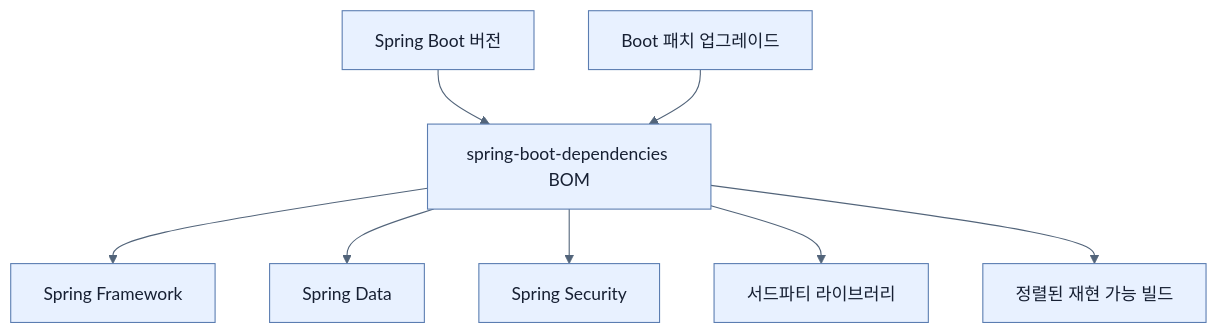
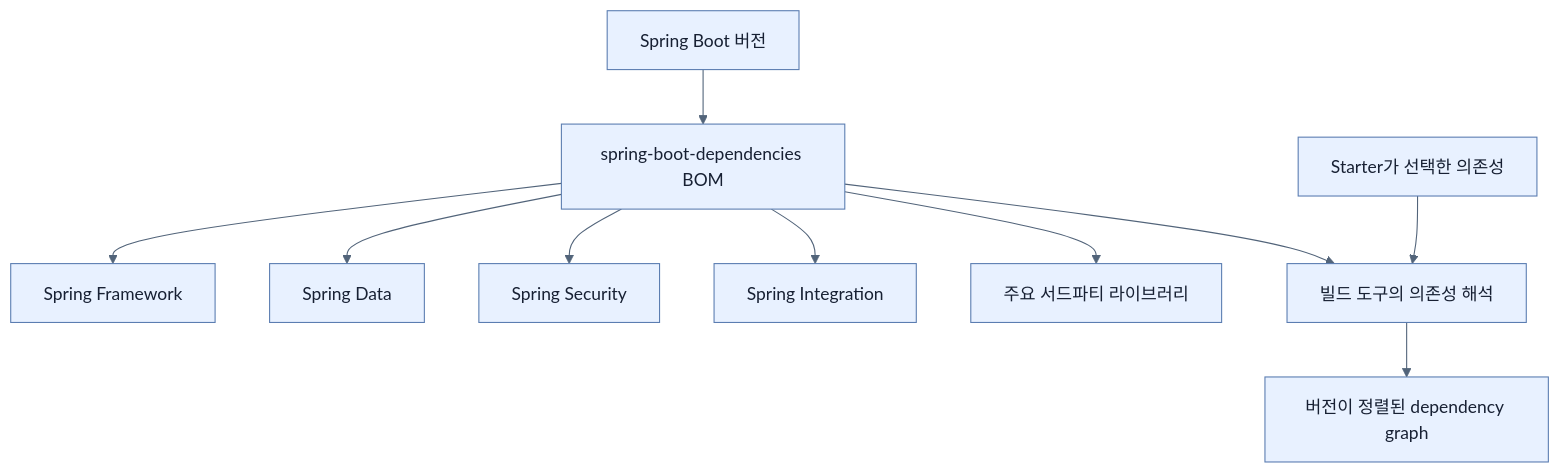
The first of 2 diagrams in spring-boot-4-pdf-notes/part-1-the-basics-of-spring-boot/chapter-1-core-features-of-spring-boot/04-managing-application-dependencies.md (sing-u8/Learning_Spring_Boot_4), drawn with Mermaid before and after one commit. The commit also changed other lines of this file and 253 other files, not shown here.

````diff
--- a/spring-boot-4-pdf-notes/part-1-the-basics-of-spring-boot/chapter-1-core-features-of-spring-boot/04-managing-application-dependencies.md
+++ b/spring-boot-4-pdf-notes/part-1-the-basics-of-spring-boot/chapter-1-core-features-of-spring-boot/04-managing-application-dependencies.md
@@ -32,11 +161,13 @@
 ```mermaid
 %%{init: {'theme': 'base', 'themeVariables': {'background': '#ffffff', 'primaryColor': '#e8f1ff', 'primaryTextColor': '#172033', 'primaryBorderColor': '#5b7db1', 'lineColor': '#52647a', 'secondaryColor': '#f7fbff', 'tertiaryColor': '#fff7df'}}}%%
 flowchart TD
-    B[Spring Boot 버전] --> BOM[spring-boot-dependencies BOM]
-    BOM --> F[Spring Framework]
-    BOM --> D[Spring Data]
-    BOM --> S[Spring Security]
-    BOM --> T[서드파티 라이브러리]
-    P[Boot 패치 업그레이드] --> BOM
-    BOM --> R[정렬된 재현 가능 빌드]
+    B["Spring Boot 버전"] --> BOM["spring-boot-dependencies BOM"]
+    BOM --> F["Spring Framework"]
+    BOM --> D["Spring Data"]
+    BOM --> S["Spring Security"]
+    BOM --> I["Spring Integration"]
+    BOM --> T["주요 서드파티 라이브러리"]
+    ST["Starter가 선택한 의존성"] --> R["빌드 도구의 의존성 해석"]
+    BOM --> R
+    R --> G["버전이 정렬된 dependency graph"]
 ```
````
